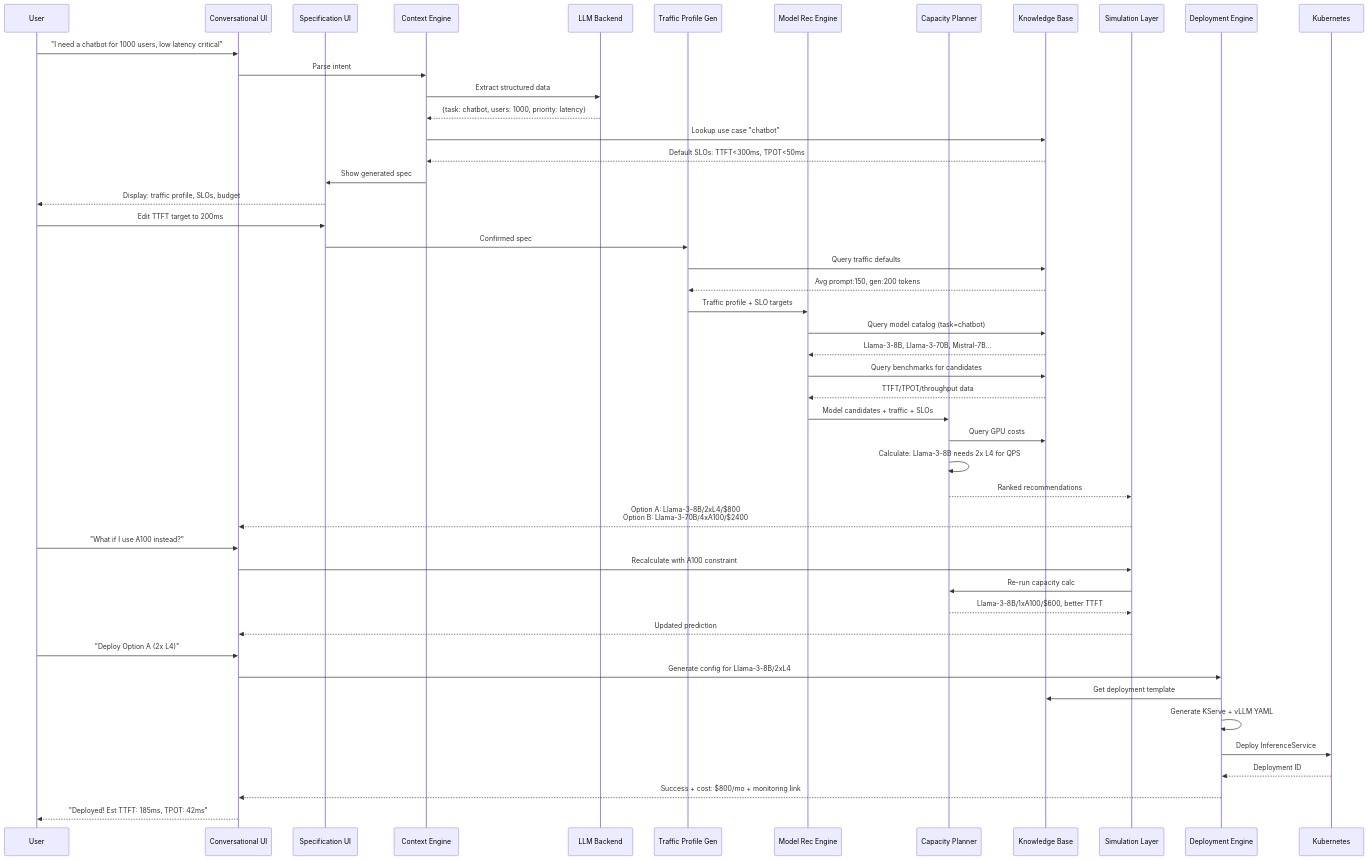
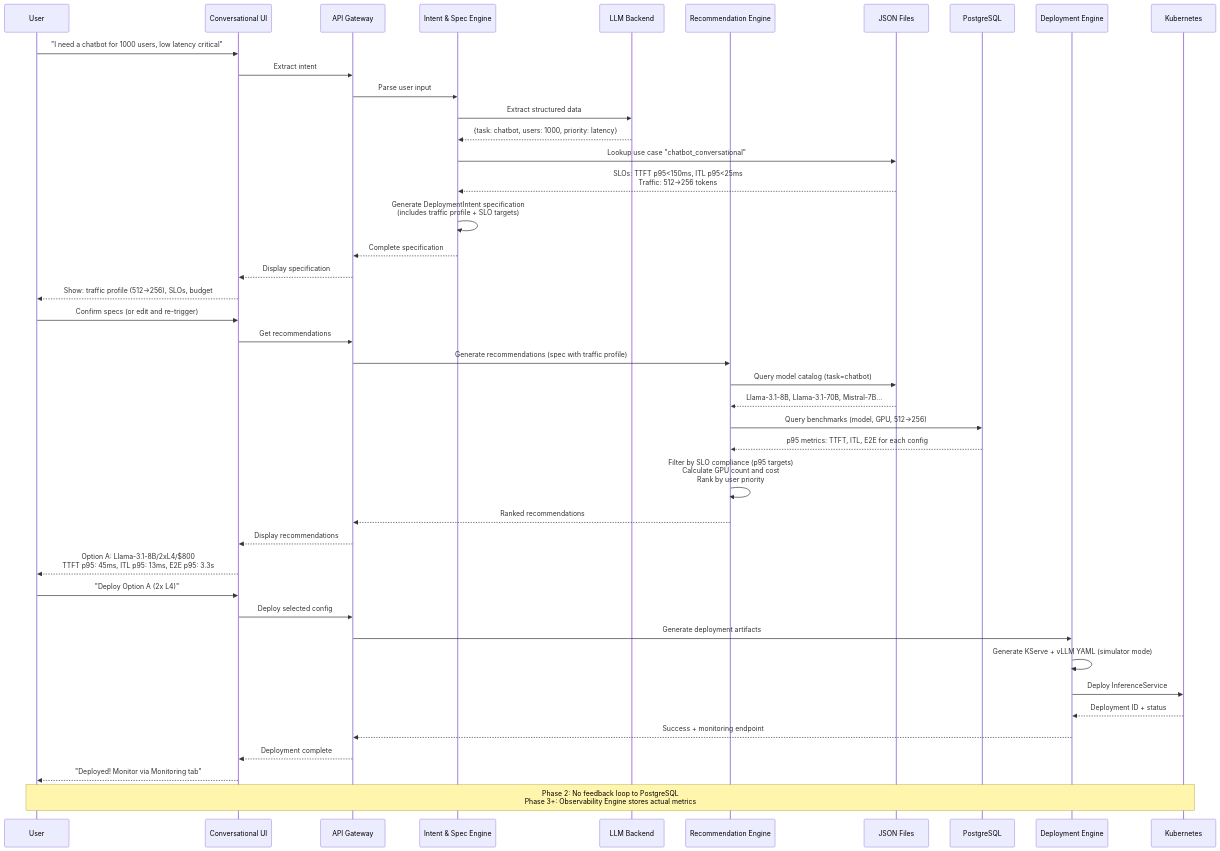
The third of 5 diagrams in docs/architecture-diagram.md (redhat-et/compass), drawn with Mermaid before and after one commit. The commit also changed other lines of this file and 8 other files, not shown here.

First line of the commit message:
Refactor architecture to 4-engine + UI Layer structure

````diff
--- a/docs/architecture-diagram.md
+++ b/docs/architecture-diagram.md
@@ -200,59 +184,55 @@
 ```mermaid
 sequenceDiagram
     participant User
     participant UI as Conversational UI
-    participant SPEC_UI as Specification UI
-    participant CIE as Context Engine
+    participant API as API Gateway
+    participant ISE as Intent & Spec Engine
     participant LLM as LLM Backend
-    participant TPG as Traffic Profile Gen
-    participant MRE as Model Rec Engine
-    participant CPE as Capacity Planner
-    participant KB as Knowledge Base
-    participant SIM as Simulation Layer
-    participant DAE as Deployment Engine
+    participant REC as Recommendation Engine
+    participant KB_JSON as JSON Files
+    participant KB_PG as PostgreSQL
+    participant DEP as Deployment Engine
     participant K8S as Kubernetes
 
     User->>UI: "I need a chatbot for 1000 users, low latency critical"
-    UI->>CIE: Parse intent
-    CIE->>LLM: Extract structured data
-    LLM-->>CIE: {task: chatbot, users: 1000, priority: latency}
+    UI->>API: Extract intent
+    API->>ISE: Parse user input
+    ISE->>LLM: Extract structured data
+    LLM-->>ISE: {task: chatbot, users: 1000, priority: latency}
 
-    CIE->>KB: Lookup use case "chatbot"
-    KB-->>CIE: Default SLOs: TTFT<300ms, TPOT<50ms
+    ISE->>KB_JSON: Lookup use case "chatbot_conversational"
+    KB_JSON-->>ISE: SLOs: TTFT p95<150ms, ITL p95<25ms<br/>Traffic: 512→256 tokens
 
-    CIE->>SPEC_UI: Show generated spec
-    SPEC_UI-->>User: Display: traffic profile, SLOs, budget
-    User->>SPEC_UI: Edit TTFT target to 200ms
-    SPEC_UI->>TPG: Confirmed spec
+    ISE->>ISE: Generate DeploymentIntent specification<br/>(includes traffic profile + SLO targets)
+    ISE-->>API: Complete specification
+    API-->>UI: Display specification
 
-    TPG->>KB: Query traffic defaults
-    KB-->>TPG: Avg prompt:150, gen:200 tokens
-    TPG->>MRE: Traffic profile + SLO targets
+    UI-->>User: Show: traffic profile (512→256), SLOs, budget
+    User->>UI: Confirm specs (or edit and re-trigger)
+    UI->>API: Get recommendations
+    API->>REC: Generate recommendations (spec with traffic profile)
 
-    MRE->>KB: Query model catalog (task=chatbot)
-    KB-->>MRE: Llama-3-8B, Llama-3-70B, Mistral-7B...
-    MRE->>KB: Query benchmarks for candidates
-    KB-->>MRE: TTFT/TPOT/throughput data
+    REC->>KB_JSON: Query model catalog (task=chatbot)
+    KB_JSON-->>REC: Llama-3.1-8B, Llama-3.1-70B, Mistral-7B...
+    REC->>KB_PG: Query benchmarks (model, GPU, 512→256)
+    KB_PG-->>REC: p95 metrics: TTFT, ITL, E2E for each config
 
-    MRE->>CPE: Model candidates + traffic + SLOs
-    CPE->>KB: Query GPU costs
-    CPE->>CPE: Calculate: Llama-3-8B needs 2x L4 for QPS
-    CPE-->>SIM: Ranked recommendations
+    REC->>REC: Filter by SLO compliance (p95 targets)<br/>Calculate GPU count and cost<br/>Rank by user priority
 
-    SIM-->>UI: Option A: Llama-3-8B/2xL4/$800<br/>Option B: Llama-3-70B/4xA100/$2400
+    REC-->>API: Ranked recommendations
+    API-->>UI: Display recommendations
 
-    User->>UI: "What if I use A100 instead?"
-    UI->>SIM: Recalculate with A100 constraint
-    SIM->>CPE: Re-run capacity calc
-    CPE-->>SIM: Llama-3-8B/1xA100/$600, better TTFT
-    SIM-->>UI: Updated prediction
+    UI-->>User: Option A: Llama-3.1-8B/2xL4/$800<br/>TTFT p95: 45ms, ITL p95: 13ms, E2E p95: 3.3s
 
     User->>UI: "Deploy Option A (2x L4)"
-    UI->>DAE: Generate config for Llama-3-8B/2xL4
-    DAE->>KB: Get deployment template
-    DAE->>DAE: Generate KServe + vLLM YAML
-    DAE->>K8S: Deploy InferenceService
-    K8S-->>DAE: Deployment ID
-    DAE-->>UI: Success + cost: $800/mo + monitoring link
-    UI-->>User: "Deployed! Est TTFT: 185ms, TPOT: 42ms"
+    UI->>API: Deploy selected config
+    API->>DEP: Generate deployment artifacts
+    DEP->>DEP: Generate KServe + vLLM YAML (simulator mode)
+    DEP->>K8S: Deploy InferenceService
+    K8S-->>DEP: Deployment ID + status
+    DEP-->>API: Success + monitoring endpoint
+    API-->>UI: Deployment complete
+    UI-->>User: "Deployed! Monitor via Monitoring tab"
+
+    Note over User,K8S: Phase 2: No feedback loop to PostgreSQL<br/>Phase 3+: Observability Engine stores actual metrics
 ```
````
